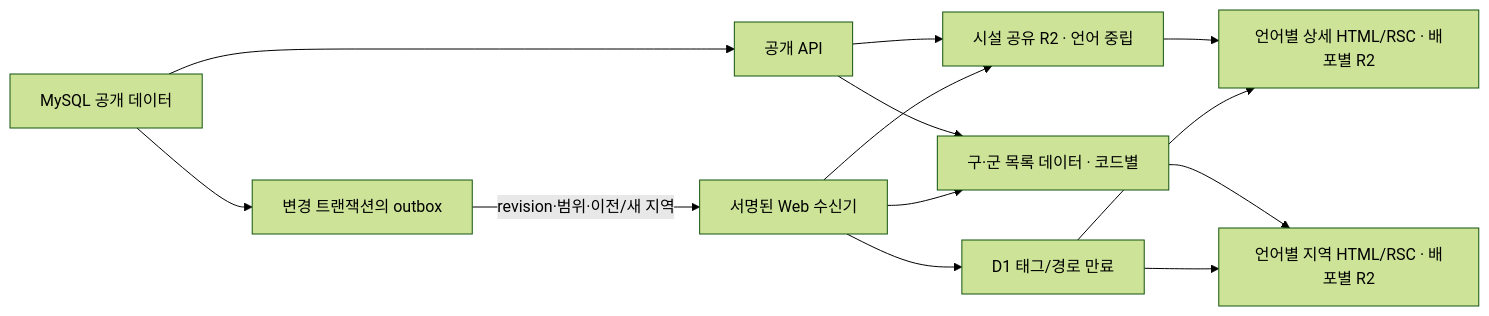
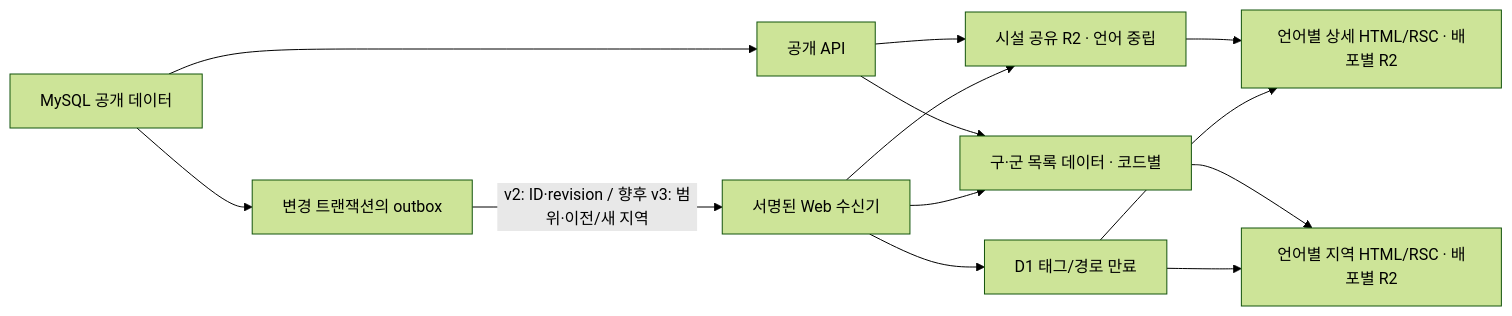
Before and after one commit to toilet-project/toilet-web: the diagram in docs/public-cache-strategy-20260922.md, drawn with Mermaid (forest theme). The commit also changed other lines of this file, not shown here.

````diff
--- a/docs/public-cache-strategy-20260922.md
+++ b/docs/public-cache-strategy-20260922.md
@@ -48,15 +48,15 @@
 ```mermaid
 flowchart LR
     DB[MySQL 공개 데이터] --> API[공개 API]
     DB --> O[변경 트랜잭션의 outbox]
     API --> D[시설 공유 R2 · 언어 중립]
     API --> G[구·군 목록 데이터 · 코드별]
     D --> P[언어별 상세 HTML/RSC · 배포별 R2]
     G --> R[언어별 지역 HTML/RSC · 배포별 R2]
-    O -->|revision·범위·이전/새 지역| W[서명된 Web 수신기]
+    O -->|v2: ID·revision / 향후 v3: 범위·이전/새 지역| W[서명된 Web 수신기]
     W --> D
     W --> G
     W --> T[D1 태그/경로 만료]
     T --> P
     T --> R
 ```
````
